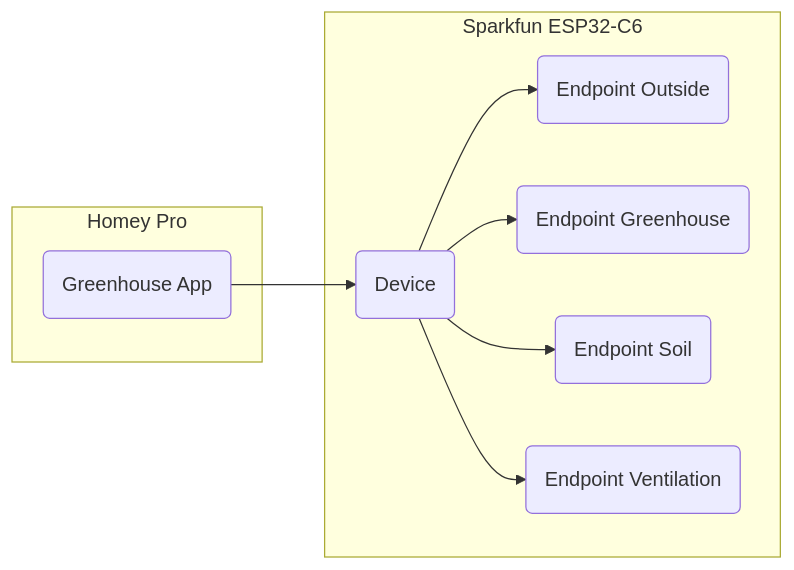
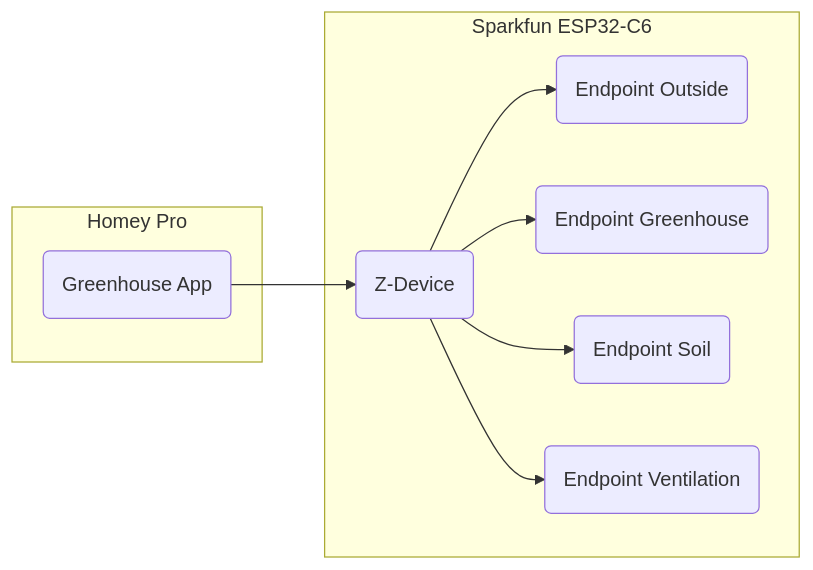
One commit to dnulnets/greenhouse changed the diagram in doc/README.md. Above: the diagram before and after it, drawn with Mermaid.

Commit message:
Updated zigbee model

````diff
--- a/doc/README.md
+++ b/doc/README.md
@@ -5,14 +5,14 @@
 ```mermaid
 flowchart LR
     subgraph Homey Pro
     app("Greenhouse App")
     end
     subgraph Sparkfun ESP32-C6
-    zd("Device")
+    zd("Z-Device")
     zd-->ep10("Endpoint Outside")
     zd-->ep20("Endpoint Greenhouse")
     zd-->ep30("Endpoint Soil")
     zd-->ep40("Endpoint Ventilation")
     end
     app-->zd
 ```
````
